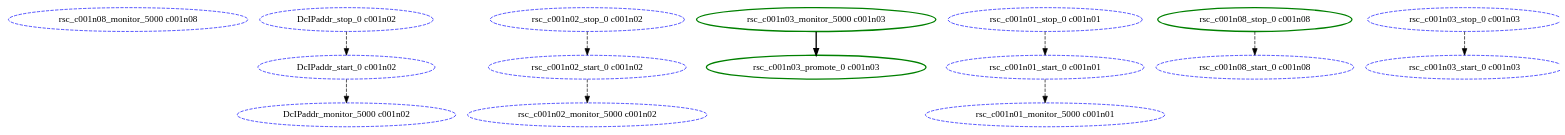
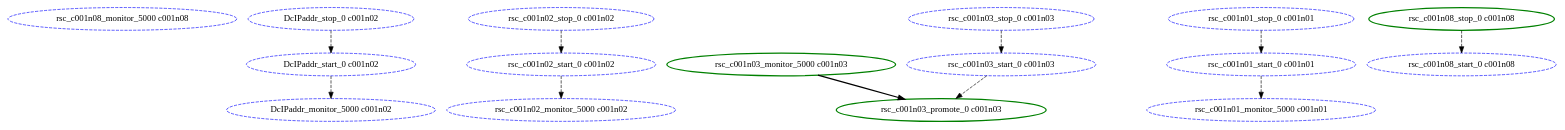
Before and after one commit to richiewen8/heartbeat: the diagram in crm/pengine/testcases/target-1.dot, drawn with Graphviz.

Commit message:
start/promote ordering
CVS patchset: 9330
CVS date: 2006/04/20 10:55:46

```diff
--- a/crm/pengine/testcases/target-1.dot
+++ b/crm/pengine/testcases/target-1.dot
@@ -1,28 +1,29 @@
 digraph "g" {
 	size = "30,30"
 "rsc_c001n08_monitor_5000 c001n08" [ style="dashed" color="blue" fontcolor="black" ]
 "DcIPaddr_monitor_5000 c001n02" [ style="dashed" color="blue" fontcolor="black" ]
 "rsc_c001n02_monitor_5000 c001n02" [ style="dashed" color="blue" fontcolor="black" ]
 "rsc_c001n03_monitor_5000 c001n03" [ style=bold color="green" fontcolor="black" ]
 "rsc_c001n01_monitor_5000 c001n01" [ style="dashed" color="blue" fontcolor="black" ]
 "DcIPaddr_stop_0 c001n02" [ style="dashed" color="blue" fontcolor="black" ]
 "DcIPaddr_start_0 c001n02" [ style="dashed" color="blue" fontcolor="black" ]
 "rsc_c001n08_stop_0 c001n08" [ style=bold color="green" fontcolor="black" ]
 "rsc_c001n08_start_0 c001n08" [ style="dashed" color="blue" fontcolor="black" ]
 "rsc_c001n02_stop_0 c001n02" [ style="dashed" color="blue" fontcolor="black" ]
 "rsc_c001n02_start_0 c001n02" [ style="dashed" color="blue" fontcolor="black" ]
 "rsc_c001n03_stop_0 c001n03" [ style="dashed" color="blue" fontcolor="black" ]
 "rsc_c001n03_start_0 c001n03" [ style="dashed" color="blue" fontcolor="black" ]
 "rsc_c001n03_promote_0 c001n03" [ style=bold color="green" fontcolor="black" ]
 "rsc_c001n01_stop_0 c001n01" [ style="dashed" color="blue" fontcolor="black" ]
 "rsc_c001n01_start_0 c001n01" [ style="dashed" color="blue" fontcolor="black" ]
 "DcIPaddr_start_0 c001n02" -> "DcIPaddr_monitor_5000 c001n02" [ style = dashed]
 "rsc_c001n02_start_0 c001n02" -> "rsc_c001n02_monitor_5000 c001n02" [ style = dashed]
 "rsc_c001n01_start_0 c001n01" -> "rsc_c001n01_monitor_5000 c001n01" [ style = dashed]
 "DcIPaddr_stop_0 c001n02" -> "DcIPaddr_start_0 c001n02" [ style = dashed]
 "rsc_c001n08_stop_0 c001n08" -> "rsc_c001n08_start_0 c001n08" [ style = dashed]
 "rsc_c001n02_stop_0 c001n02" -> "rsc_c001n02_start_0 c001n02" [ style = dashed]
 "rsc_c001n03_stop_0 c001n03" -> "rsc_c001n03_start_0 c001n03" [ style = dashed]
 "rsc_c001n03_monitor_5000 c001n03" -> "rsc_c001n03_promote_0 c001n03" [ style = bold]
+"rsc_c001n03_start_0 c001n03" -> "rsc_c001n03_promote_0 c001n03" [ style = dashed]
 "rsc_c001n01_stop_0 c001n01" -> "rsc_c001n01_start_0 c001n01" [ style = dashed]
 }
```
